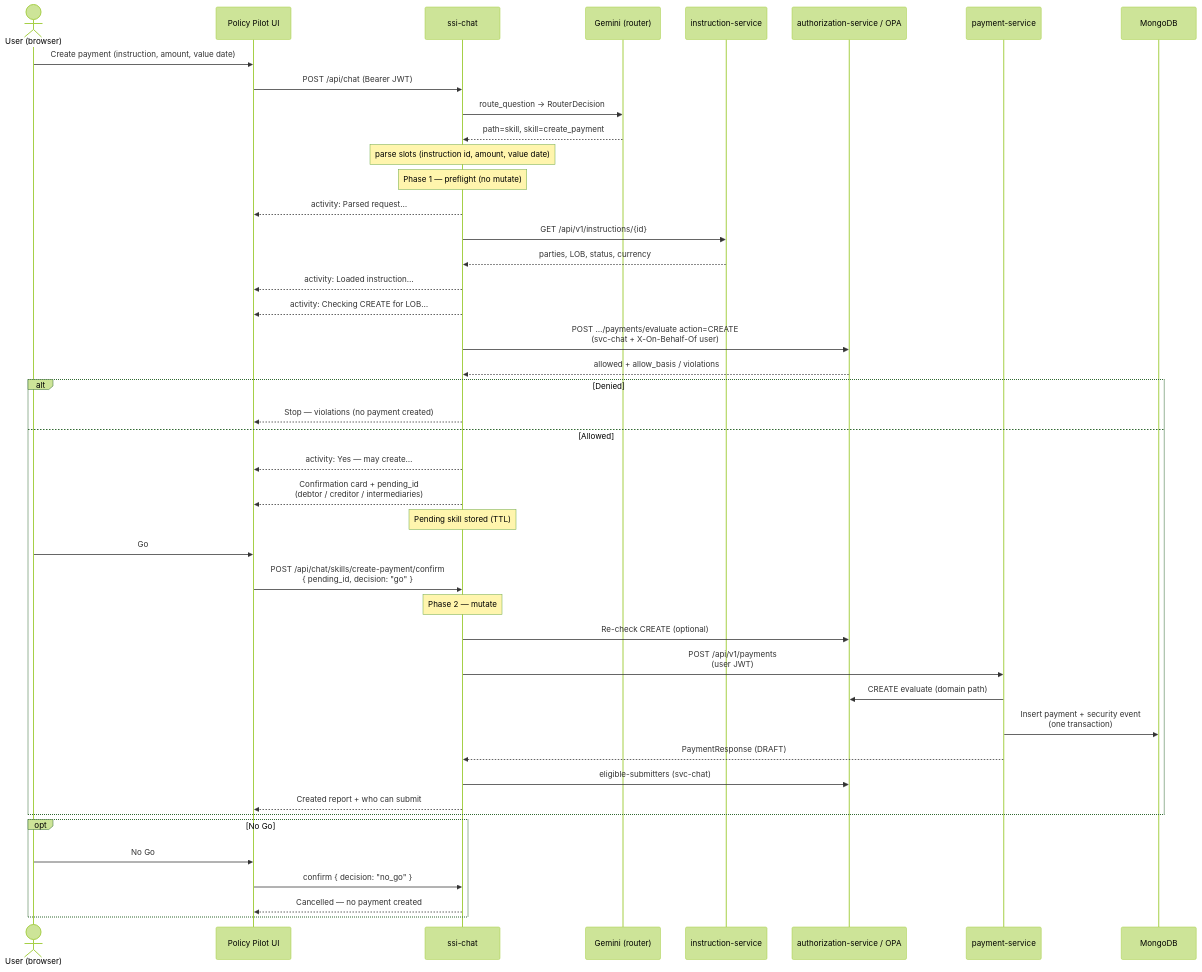
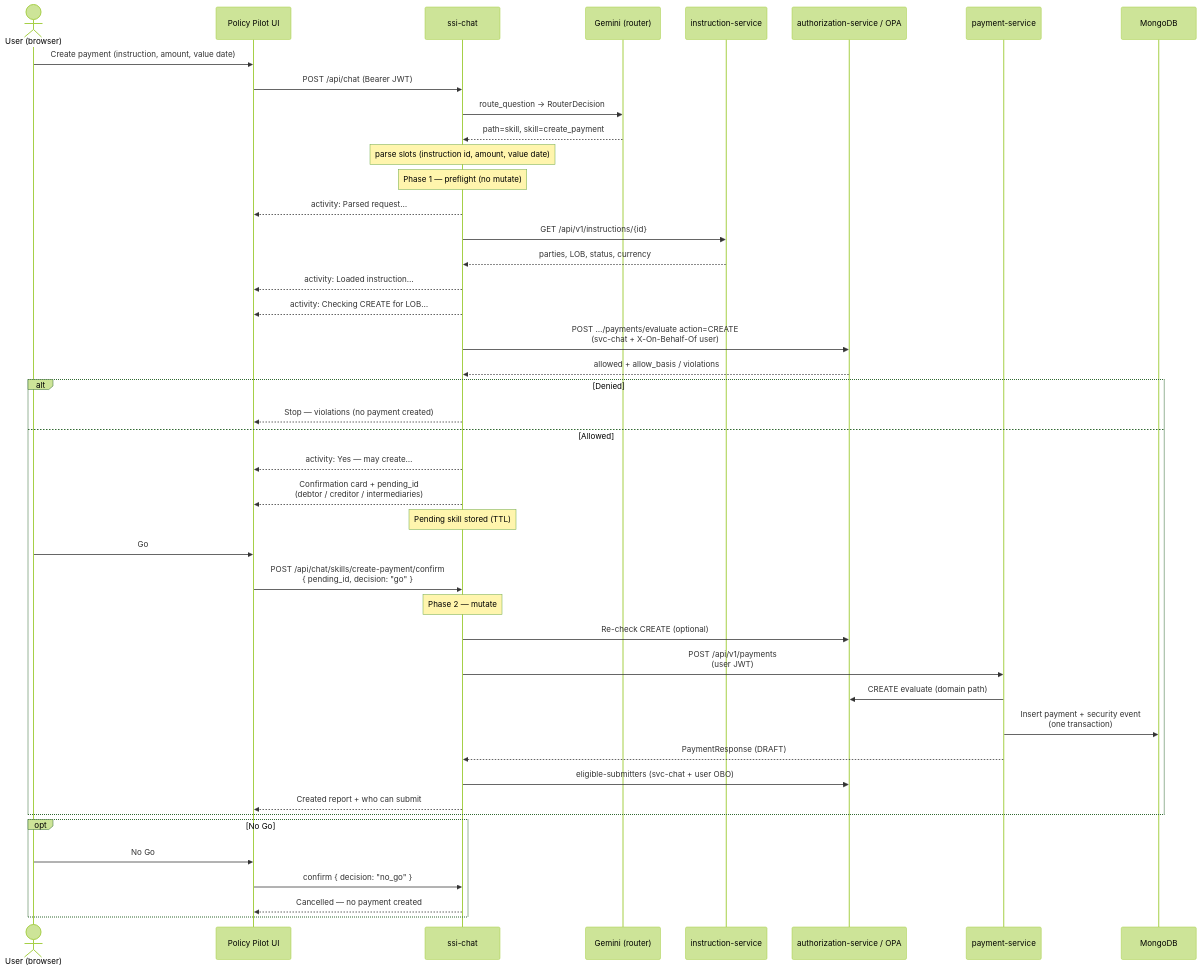
The diagram in docs/create-payment-skill.md (sanjuthomas/policy-pilot), drawn with Mermaid (forest theme) before and after one commit. The commit also changed 63 other files, not shown here.

````diff
--- a/docs/create-payment-skill.md
+++ b/docs/create-payment-skill.md
@@ -46,52 +46,52 @@
 ```mermaid
 sequenceDiagram
     actor U as User (browser)
     participant UI as Policy Pilot UI
     participant C as ssi-chat
     participant L as Gemini (router)
     participant I as instruction-service
     participant A as authorization-service / OPA
     participant P as payment-service
     participant M as MongoDB
 
     U->>UI: Create payment (instruction, amount, value date)
     UI->>C: POST /api/chat (Bearer JWT)
 
     C->>L: route_question → RouterDecision
     L-->>C: path=skill, skill=create_payment
     Note over C: parse slots (instruction id, amount, value date)
 
     Note over C: Phase 1 — preflight (no mutate)
     C-->>UI: activity: Parsed request…
     C->>I: GET /api/v1/instructions/{id}
     I-->>C: parties, LOB, status, currency
     C-->>UI: activity: Loaded instruction…
     C-->>UI: activity: Checking CREATE for LOB…
     C->>A: POST …/payments/evaluate action=CREATE<br/>(svc-chat + X-On-Behalf-Of user)
     A-->>C: allowed + allow_basis / violations
 
     alt Denied
         C-->>UI: Stop — violations (no payment created)
     else Allowed
         C-->>UI: activity: Yes — may create…
         C-->>UI: Confirmation card + pending_id<br/>(debtor / creditor / intermediaries)
         Note over C: Pending skill stored (TTL)
         U->>UI: Go
         UI->>C: POST /api/chat/skills/create-payment/confirm<br/>{ pending_id, decision: "go" }
 
         Note over C: Phase 2 — mutate
         C->>A: Re-check CREATE (optional)
         C->>P: POST /api/v1/payments<br/>(user JWT)
         P->>A: CREATE evaluate (domain path)
         P->>M: Insert payment + security event<br/>(one transaction)
         P-->>C: PaymentResponse (DRAFT)
-        C->>A: eligible-submitters (svc-chat)
+        C->>A: eligible-submitters (svc-chat + user OBO)
         C-->>UI: Created report + who can submit
     end
 
     opt No Go
         U->>UI: No Go
         UI->>C: confirm { decision: "no_go" }
         C-->>UI: Cancelled — no payment created
     end
 ```
````
